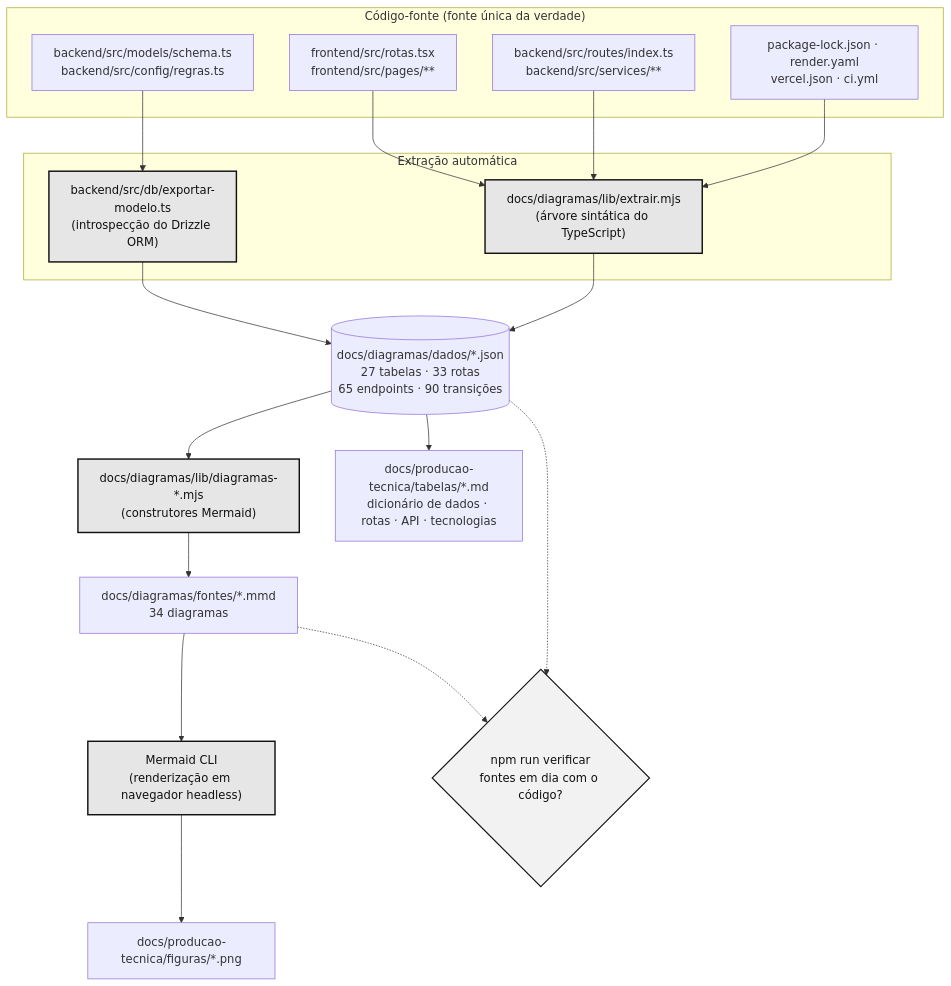
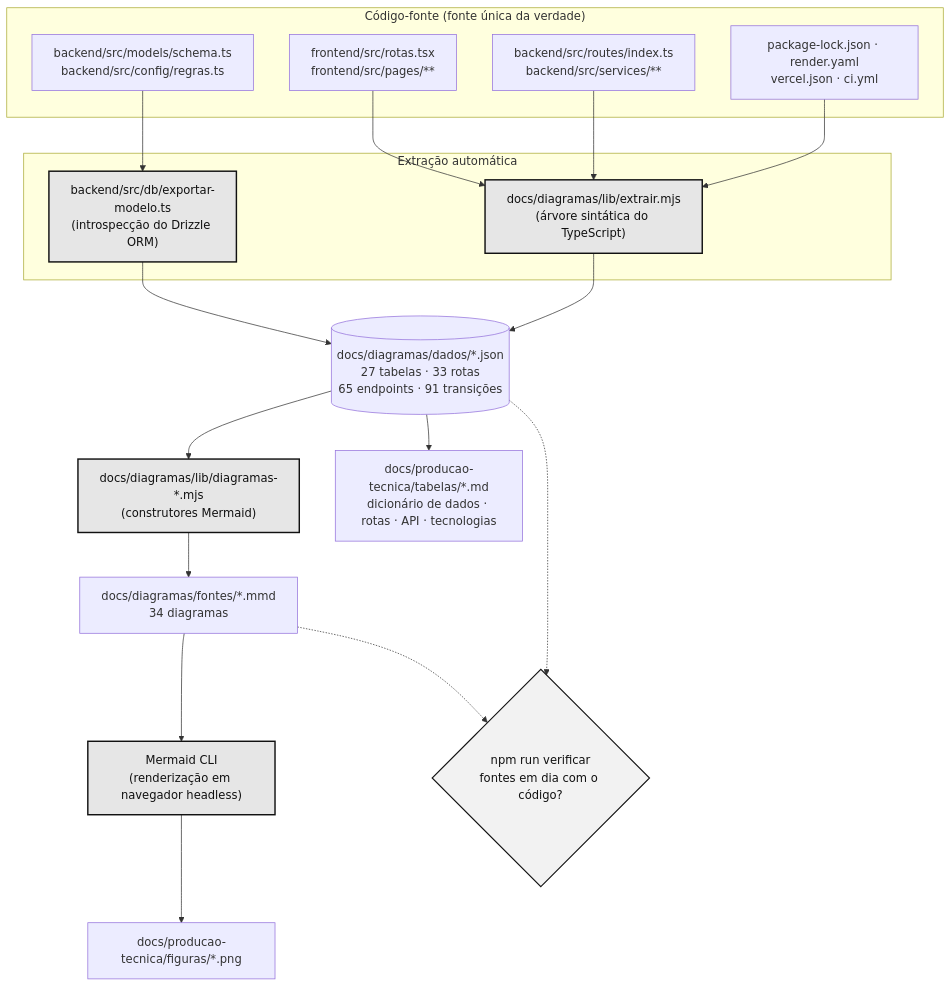
Before and after one commit to lucio734/viamos: the diagram in docs/diagramas/fontes/27-ferramenta-case.mmd, drawn with Mermaid. The commit also changed 20 other files, not shown here.

```diff
--- a/docs/diagramas/fontes/27-ferramenta-case.mmd
+++ b/docs/diagramas/fontes/27-ferramenta-case.mmd
@@ -1,27 +1,27 @@
 flowchart TB
   classDef hub fill:#e6e6e6,stroke:#111,stroke-width:2px,color:#111;
   classDef externo fill:#fff,stroke:#666,stroke-dasharray:4 3,color:#333;
   classDef destaque fill:#f2f2f2,stroke:#111,stroke-width:1.5px,color:#111;
   subgraph sg_fontes["Código-fonte (fonte única da verdade)"]
     schema["backend/src/models/schema.ts<br/>backend/src/config/regras.ts"]
     rotasFront["frontend/src/rotas.tsx<br/>frontend/src/pages/**"]
     rotasBack["backend/src/routes/index.ts<br/>backend/src/services/**"]
     infra["package-lock.json · render.yaml<br/>vercel.json · ci.yml"]
   end
   subgraph sg_extracao["Extração automática"]
     exportador["backend/src/db/exportar-modelo.ts<br/>(introspecção do Drizzle ORM)"]:::hub
     extrator["docs/diagramas/lib/extrair.mjs<br/>(árvore sintática do TypeScript)"]:::hub
   end
-  dados[("docs/diagramas/dados/*.json<br/>27 tabelas · 33 rotas<br/>65 endpoints · 90 transições")]
+  dados[("docs/diagramas/dados/*.json<br/>27 tabelas · 33 rotas<br/>65 endpoints · 91 transições")]
   construtores["docs/diagramas/lib/diagramas-*.mjs<br/>(construtores Mermaid)"]:::hub
   fontesMmd["docs/diagramas/fontes/*.mmd<br/>34 diagramas"]
   mmdc["Mermaid CLI<br/>(renderização em navegador headless)"]:::hub
   figuras["docs/producao-tecnica/figuras/*.png"]
   tabelas["docs/producao-tecnica/tabelas/*.md<br/>dicionário de dados · rotas · API · tecnologias"]
   verificar{"npm run verificar<br/>fontes em dia com o código?"}:::destaque
   schema --> exportador --> dados
   rotasFront & rotasBack & infra --> extrator --> dados
   dados --> construtores --> fontesMmd --> mmdc --> figuras
   dados --> tabelas
   fontesMmd -.-> verificar
   dados -.-> verificar
```
